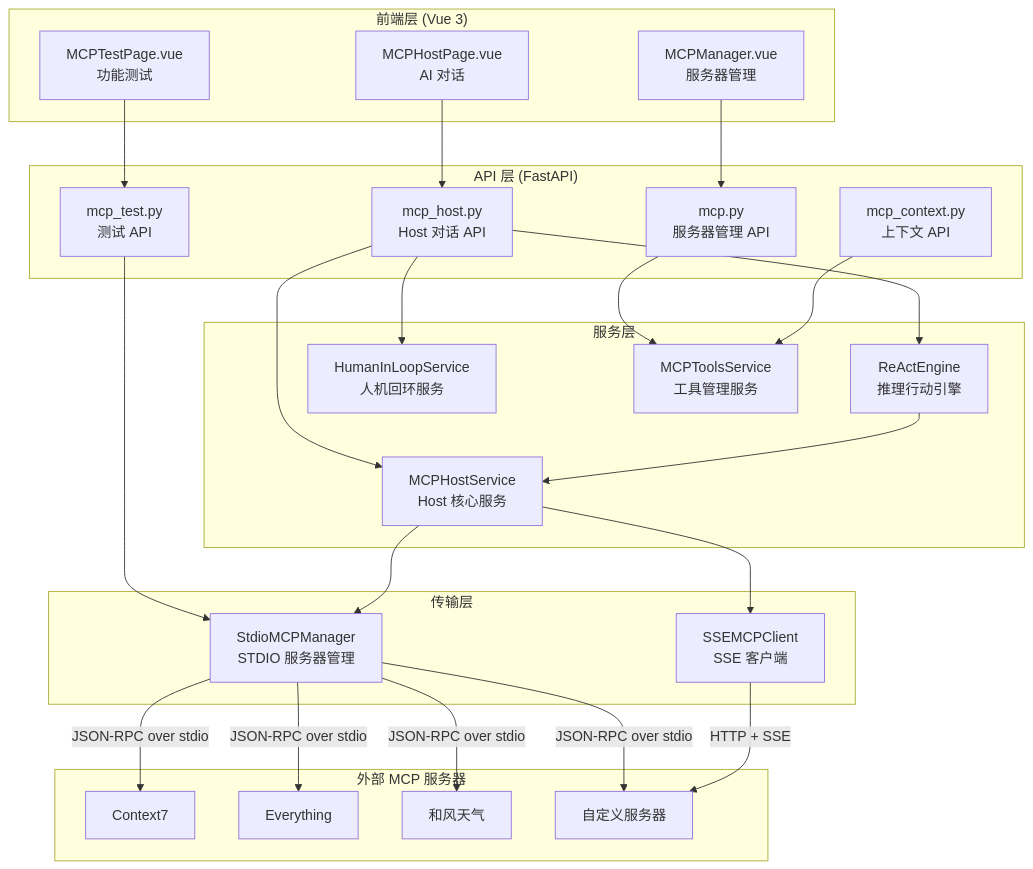
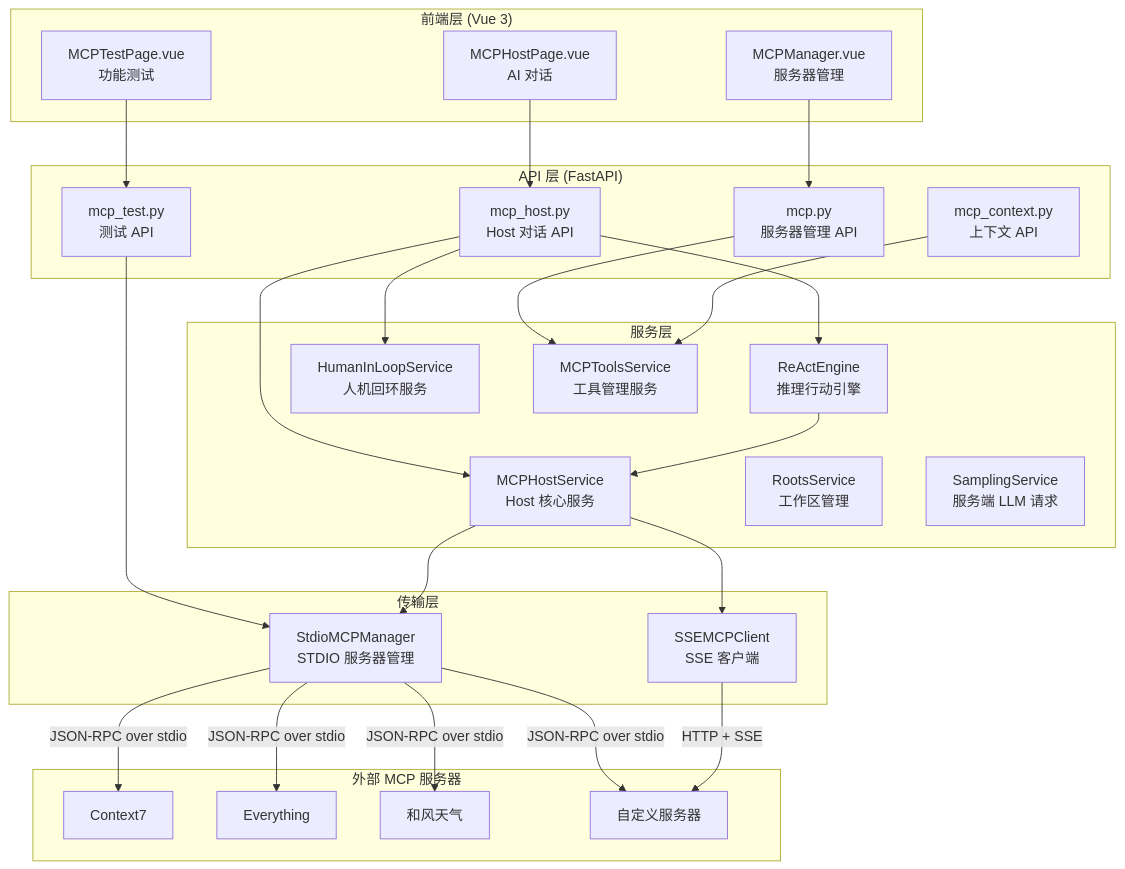
The first of 7 diagrams in MCP_TECHNICAL_ANALYSIS.md (ch1109/ui-config), drawn with Mermaid before and after one commit. The commit also changed other lines of this file and 44 other files, not shown here.

````diff
--- a/MCP_TECHNICAL_ANALYSIS.md
+++ b/MCP_TECHNICAL_ANALYSIS.md
@@ -72,55 +74,57 @@
 ```mermaid
 graph TB
     subgraph 前端层["前端层 (Vue 3)"]
         UI1[MCPManager.vue<br/>服务器管理]
         UI2[MCPHostPage.vue<br/>AI 对话]
         UI3[MCPTestPage.vue<br/>功能测试]
     end
 
     subgraph API层["API 层 (FastAPI)"]
         API1[mcp.py<br/>服务器管理 API]
         API2[mcp_host.py<br/>Host 对话 API]
         API3[mcp_test.py<br/>测试 API]
         API4[mcp_context.py<br/>上下文 API]
     end
 
     subgraph 服务层["服务层"]
         SVC1[MCPHostService<br/>Host 核心服务]
         SVC2[ReActEngine<br/>推理行动引擎]
         SVC3[HumanInLoopService<br/>人机回环服务]
         SVC4[MCPToolsService<br/>工具管理服务]
+        SVC5[RootsService<br/>工作区管理]
+        SVC6[SamplingService<br/>服务端 LLM 请求]
     end
 
     subgraph 传输层["传输层"]
         TR1[StdioMCPManager<br/>STDIO 服务器管理]
         TR2[SSEMCPClient<br/>SSE 客户端]
     end
 
     subgraph 外部服务["外部 MCP 服务器"]
         EXT1[Context7]
         EXT2[Everything]
         EXT3[和风天气]
         EXT4[自定义服务器]
     end
 
     UI1 --> API1
     UI2 --> API2
     UI3 --> API3
     
     API1 --> SVC4
     API2 --> SVC1
     API2 --> SVC2
     API2 --> SVC3
     API3 --> TR1
     API4 --> SVC4
 
     SVC1 --> TR1
     SVC1 --> TR2
     SVC2 --> SVC1
 
     TR1 -->|JSON-RPC over stdio| EXT1
     TR1 -->|JSON-RPC over stdio| EXT2
     TR1 -->|JSON-RPC over stdio| EXT3
     TR1 -->|JSON-RPC over stdio| EXT4
     TR2 -->|HTTP + SSE| EXT4
 ```
````
